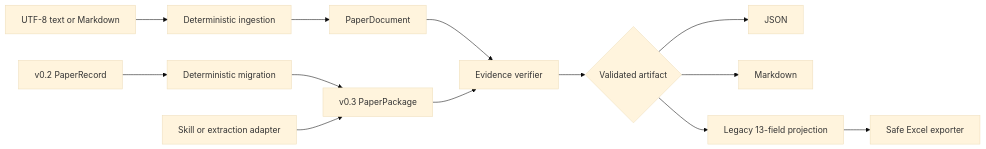
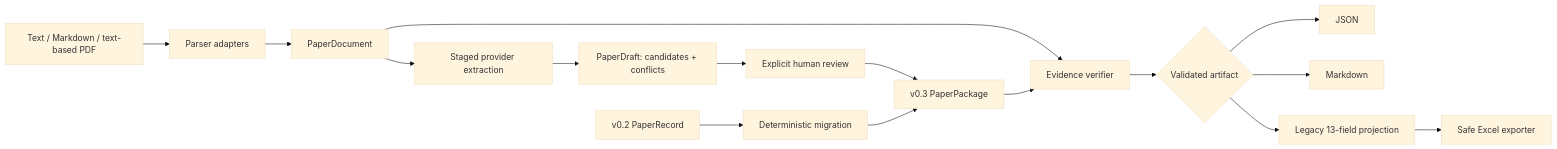
The diagram in README.md (AOROM/paperreading), drawn with Mermaid (base theme) before and after one commit. The commit also changed other lines of this file and 48 other files, not shown here.

````diff
--- a/README.md
+++ b/README.md
@@ -88,15 +90,18 @@
 ```mermaid
 flowchart LR
-    S["UTF-8 text or Markdown"] --> I["Deterministic ingestion"]
+    S["Text / Markdown / text-based PDF"] --> I["Parser adapters"]
     I --> D["PaperDocument"]
+    D --> E["Staged provider extraction"]
+    E --> R["PaperDraft: candidates + conflicts"]
+    R --> H["Explicit human review"]
+    H --> P["Finalized PaperPackage"]
     V2["v0.2 PaperRecord"] --> M["Deterministic migration"]
     M --> P["v0.3 PaperPackage"]
     D --> V["Evidence verifier"]
     P --> V
-    A["Skill or extraction adapter"] --> P
     V --> O{"Validated artifact"}
     O --> J["JSON"]
     O --> MD["Markdown"]
     O --> L["Legacy 13-field projection"]
     L --> X["Safe Excel exporter"]
 ```
````
